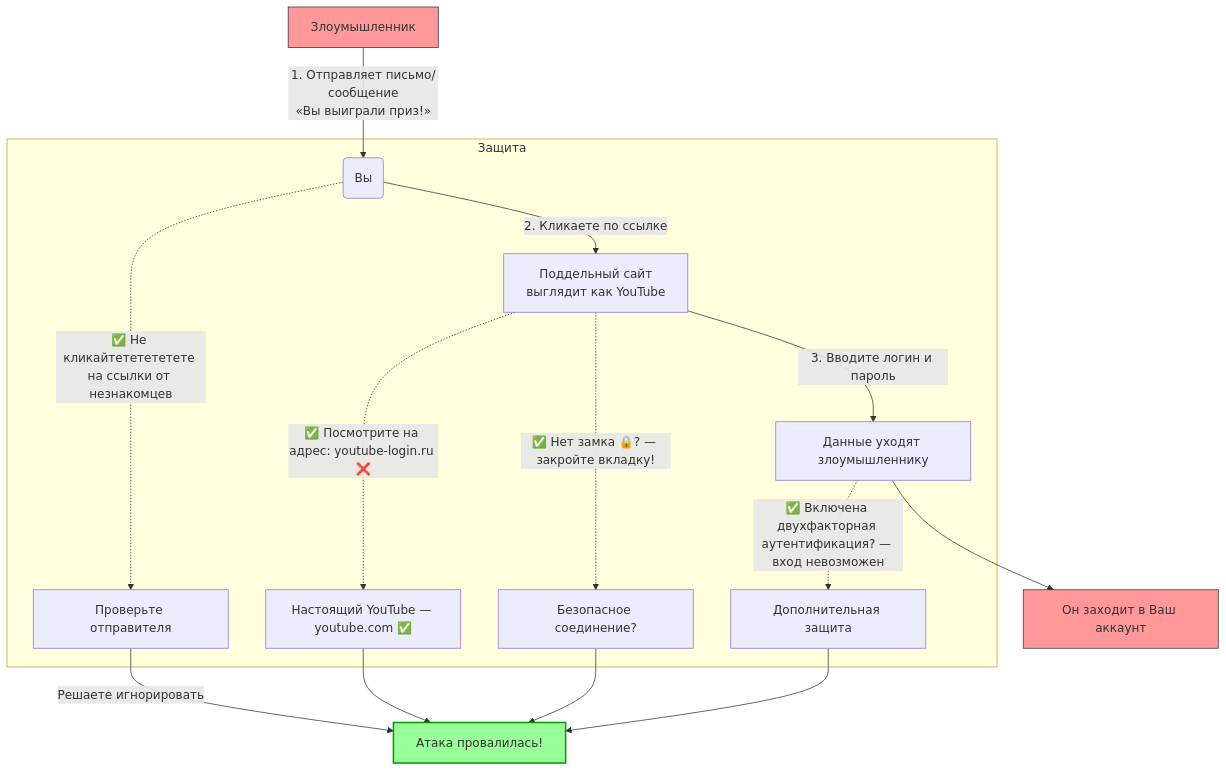
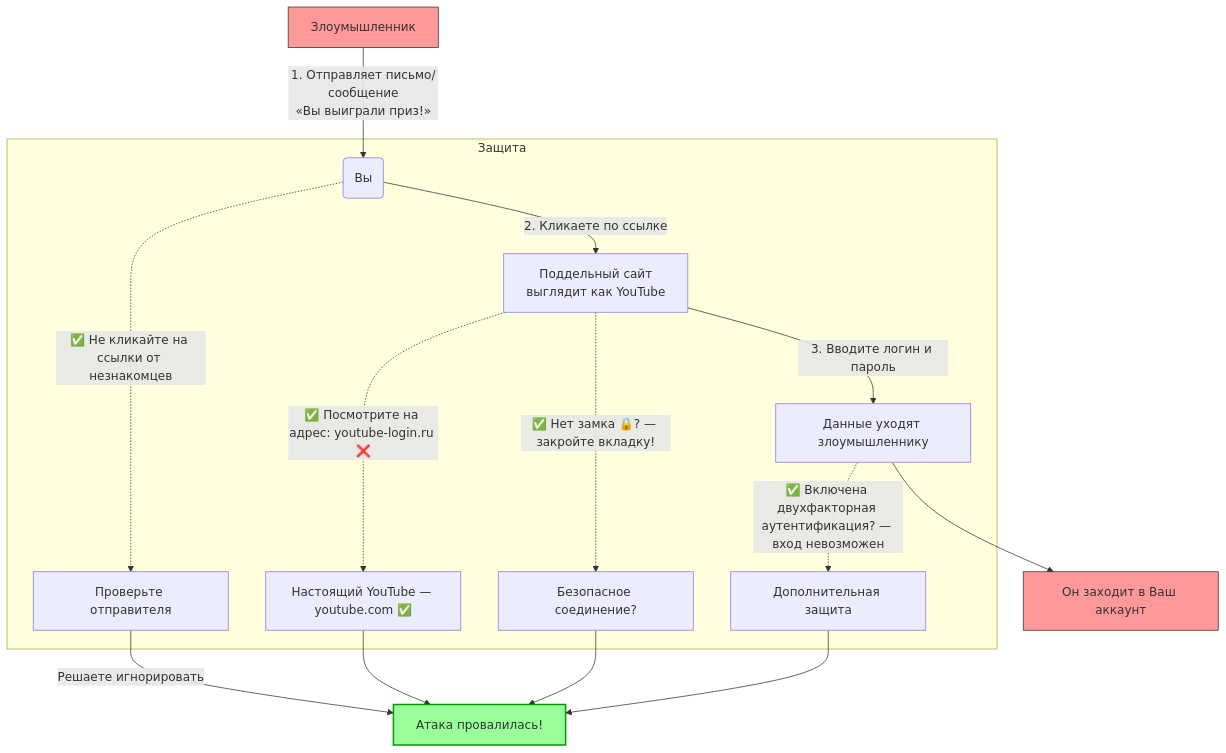
Before and after one commit to Spirzen/it-knowledge-base: the first of 2 diagrams in docs/encyclopedia/9-spinoff/9-11-dlya-detey/1-computer/13.md, drawn with Mermaid. The commit also changed other lines of this file and 498 other files, not shown here.

````diff
--- a/docs/encyclopedia/9-spinoff/9-11-dlya-detey/1-computer/13.md
+++ b/docs/encyclopedia/9-spinoff/9-11-dlya-detey/1-computer/13.md
@@ -177,24 +177,24 @@
 ```mermaid
 flowchart TD
     A[Злоумышленник] -->|1. Отправляет письмо/сообщение\n«Вы выиграли приз!»| B(Вы)
     B -->|2. Кликаете по ссылке| C[Поддельный сайт\nвыглядит как YouTube]
     C -->|3. Вводите логин и пароль| D[Данные уходят злоумышленнику]
     D --> E[Он заходит в Ваш аккаунт]
 
     style A fill:#f99,stroke:#333
     style E fill:#f99,stroke:#333
 
     subgraph Защита
-        B -.->|✅ Не кликайтететететете на ссылки от незнакомцев| F[Проверьте отправителя]
+        B -.->|✅ Не кликайте на ссылки от незнакомцев| F[Проверьте отправителя]
         C -.->|✅ Посмотрите на адрес: youtube-login.ru ❌| G[Настоящий YouTube — youtube.com ✅]
         C -.->|✅ Нет замка 🔒? — закройте вкладку!| H[Безопасное соединение?]
         D -.->|✅ Включена двухфакторная аутентификация? — вход невозможен| I[Дополнительная защита]
     end
 
     F -->|Решаете игнорировать| Z[Атака провалилась!]
     G --> Z
     H --> Z
     I --> Z
 
     style Z fill:#9f9,stroke:#090,stroke-width:2px
 ```
````
